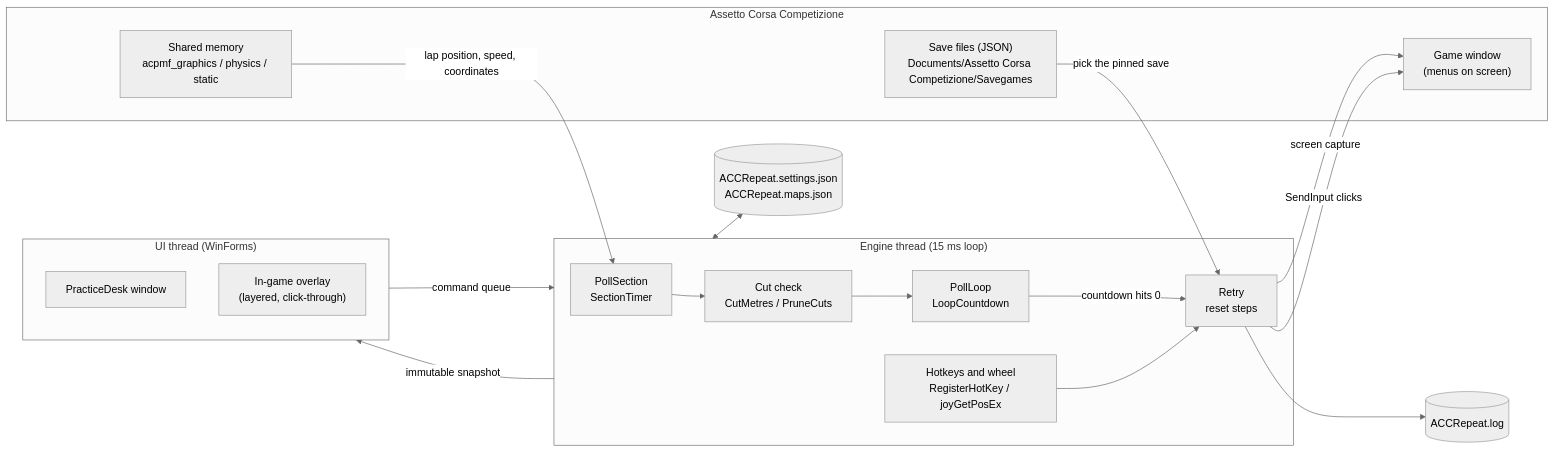
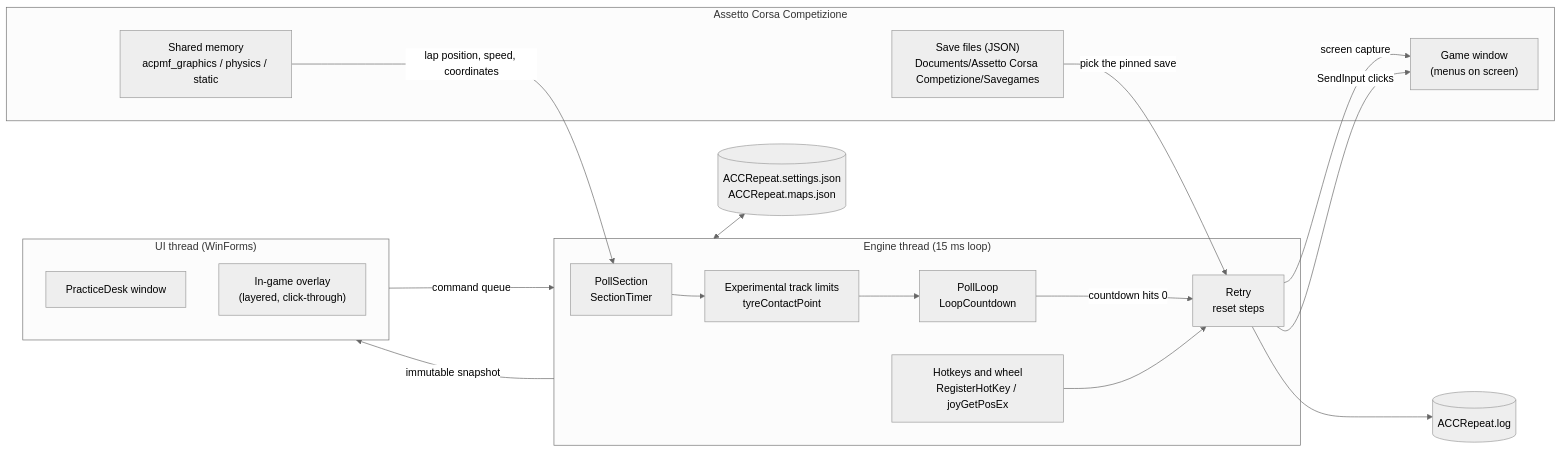
One commit to KadyrovAkram/acc-repeat changed the diagram in ARCHITECTURE.md. Above: the diagram before and after it, drawn with Mermaid (neutral theme). The commit also changed other lines of this file and 1 other file, not shown here.

Commit message:
Document the wheel-based track limits pilot

````diff
--- a/ARCHITECTURE.md
+++ b/ARCHITECTURE.md
@@ -5,36 +5,36 @@
 ```mermaid
 flowchart LR
     subgraph ACC["Assetto Corsa Competizione"]
         SHM["Shared memory<br/>acpmf_graphics / physics / static"]
         SAVES["Save files (JSON)<br/>Documents/Assetto Corsa Competizione/Savegames"]
         WIN["Game window<br/>(menus on screen)"]
     end
 
     subgraph Engine["Engine thread (15 ms loop)"]
         POLL["PollSection<br/>SectionTimer"]
-        CUT["Cut check<br/>CutMetres / PruneCuts"]
+        VALIDITY["Experimental track limits<br/>tyreContactPoint"]
         LOOP["PollLoop<br/>LoopCountdown"]
         RESET["Retry<br/>reset steps"]
         INPUT["Hotkeys and wheel<br/>RegisterHotKey / joyGetPosEx"]
     end
 
     subgraph UI["UI thread (WinForms)"]
         DESK["PracticeDesk window"]
         OVER["In-game overlay<br/>(layered, click-through)"]
     end
 
     STORE[("ACCRepeat.settings.json<br/>ACCRepeat.maps.json")]
     LOG[("ACCRepeat.log")]
 
     SHM -->|"lap position, speed, coordinates"| POLL
-    POLL --> CUT --> LOOP
+    POLL --> VALIDITY --> LOOP
     LOOP -->|"countdown hits 0"| RESET
     INPUT --> RESET
     SAVES -->|"pick the pinned save"| RESET
     RESET -->|"screen capture"| WIN
     RESET -->|"SendInput clicks"| WIN
     Engine -->|"immutable snapshot"| UI
     UI -->|"command queue"| Engine
     Engine <--> STORE
     RESET --> LOG
 ```
````
